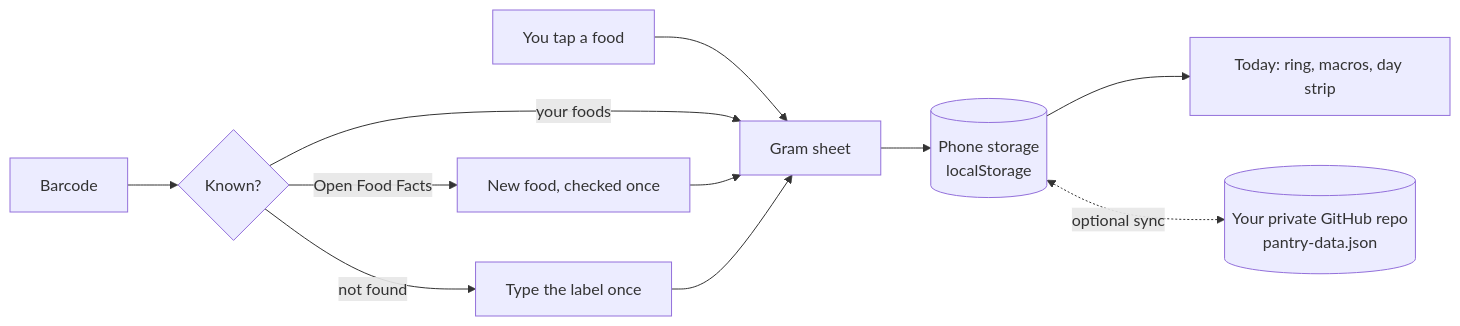
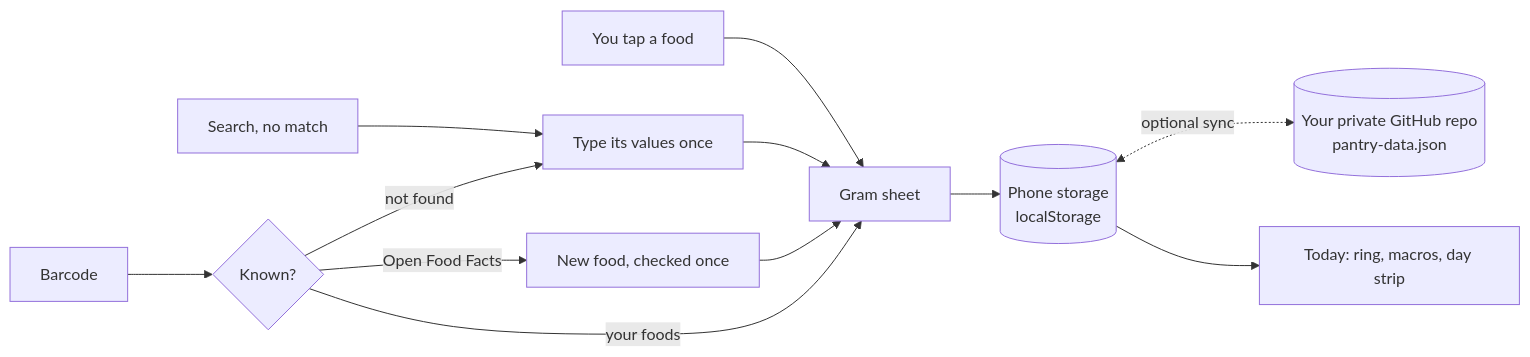
One commit to Estaed/Pantry changed the diagram in README.md. Above: the diagram before and after it, drawn with Mermaid. The commit also changed other lines of this file and 10 other files, not shown here.

````diff
--- a/README.md
+++ b/README.md
@@ -72,11 +73,12 @@
 ```mermaid
 flowchart LR
   A[You tap a food] --> B[Gram sheet]
+  Q[Search, no match] --> L
   B --> C[(Phone storage<br/>localStorage)]
   C --> D[Today: ring, macros, day strip]
   S[Barcode] --> F{Known?}
   F -- your foods --> B
   F -- Open Food Facts --> N[New food, checked once] --> B
-  F -- not found --> L[Type the label once] --> B
+  F -- not found --> L[Type its values once] --> B
   C <-.->|optional sync| G[(Your private GitHub repo<br/>pantry-data.json)]
 ```
````
